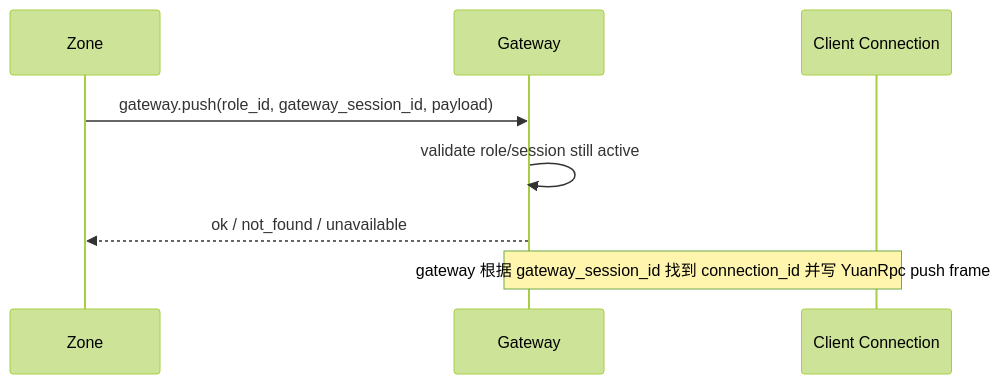
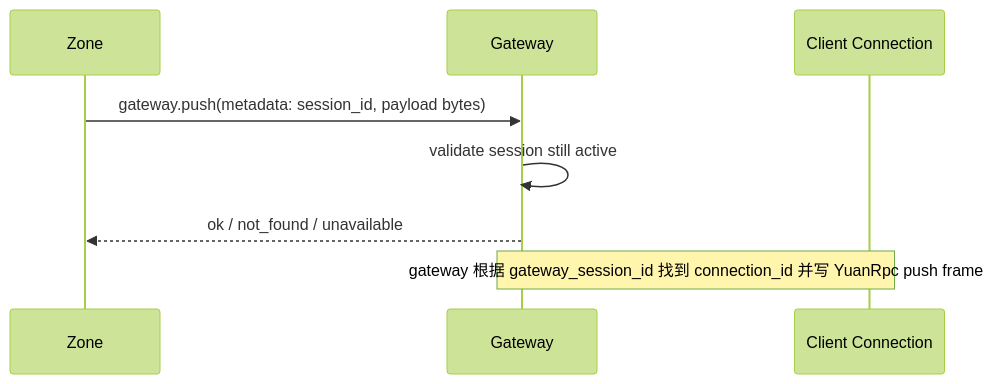
The fourth of 4 diagrams in libs/game/server/README.md (freshman1997/server-lib), drawn with Mermaid (forest theme) before and after one commit. The commit also changed other lines of this file and 138 other files, not shown here.

````diff
--- a/libs/game/server/README.md
+++ b/libs/game/server/README.md
@@ -309,11 +321,11 @@
 ```mermaid
 sequenceDiagram
     participant Z as Zone
     participant G as Gateway
     participant C as Client Connection
 
-    Z->>G: gateway.push(role_id, gateway_session_id, payload)
-    G->>G: validate role/session still active
+    Z->>G: gateway.push(metadata: session_id, payload bytes)
+    G->>G: validate session still active
     G-->>Z: ok / not_found / unavailable
     Note over G,C: gateway 根据 gateway_session_id 找到 connection_id 并写 YuanRpc push frame
 ```
````
